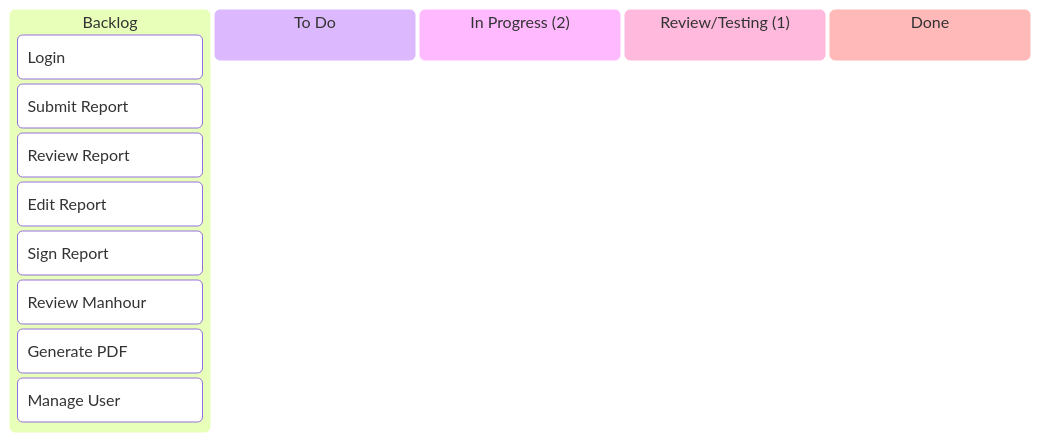
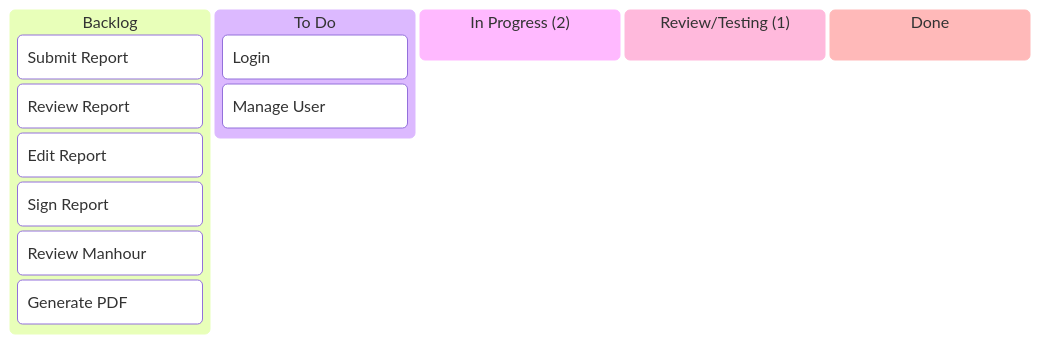
One commit to billdansr/kanban-boc-om changed the diagram in Kanban/02-Kanban.md. Above: the diagram before and after it, drawn with Mermaid. The commit also changed 1 other file, not shown here.

Commit message:
vault backup: 2025-09-21 20:10:56
Login: Backlog -> To Do
Manage User: Backlog -> To Do

````diff
--- a/Kanban/02-Kanban.md
+++ b/Kanban/02-Kanban.md
@@ -3,24 +3,23 @@
 ```mermaid
 kanban
   backlog[Backlog]
-    b1[Login]
     b2[Submit Report]
     b3[Review Report]
     b4[Edit Report]
     b5[Sign Report]
     b6[Review Manhour]
     b7[Generate PDF]
-    b8[Manage User]
 
   todo[To Do]
-
+    t1[Login]
+    t8[Manage User]
 
   inprogress["In Progress (2)"]
 
 
   review["Review/Testing (1)"]
     
 
   done[Done]
 
 ```
````
